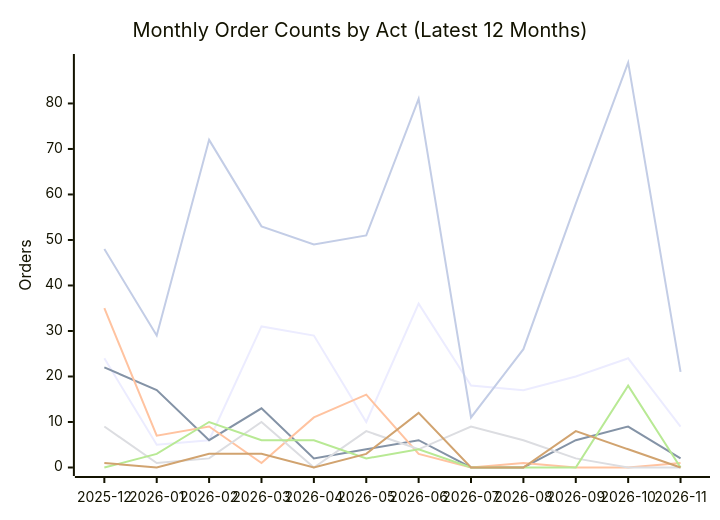
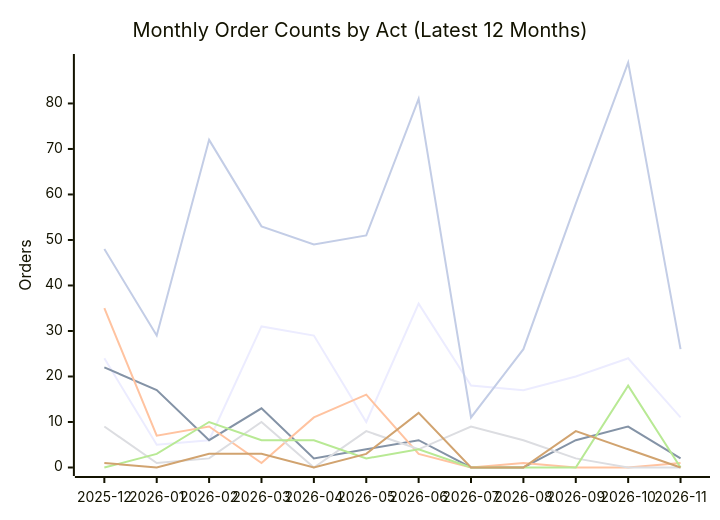
One commit to PatLittle/oic-data changed the second of 2 diagrams in README.md. Above: the diagram before and after it, drawn with Mermaid. The commit also changed other lines of this file and 15 other files, not shown here.

````diff
--- a/README.md
+++ b/README.md
@@ -71,13 +71,13 @@
 ```mermaid
 xychart-beta
     title "Monthly Order Counts by Act (Latest 12 Months)"
     x-axis ["2025-12", "2026-01", "2026-02", "2026-03", "2026-04", "2026-05", "2026-06", "2026-07", "2026-08", "2026-09", "2026-10", "2026-11"]
     y-axis "Orders" 0 --> 89
-    line [24, 5, 6, 31, 29, 10, 36, 18, 17, 20, 24, 9]
+    line [24, 5, 6, 31, 29, 10, 36, 18, 17, 20, 24, 11]
     line [22, 17, 6, 13, 2, 4, 6, 0, 0, 6, 9, 2]
     line [35, 7, 9, 1, 11, 16, 3, 0, 1, 0, 0, 1]
     line [9, 1, 2, 10, 0, 8, 4, 9, 6, 2, 0, 0]
     line [0, 3, 10, 6, 6, 2, 4, 0, 0, 0, 18, 0]
     line [1, 0, 3, 3, 0, 3, 12, 0, 0, 8, 4, 0]
-    line [48, 29, 72, 53, 49, 51, 81, 11, 26, 58, 89, 21]
+    line [48, 29, 72, 53, 49, 51, 81, 11, 26, 58, 89, 26]
 ```
````
